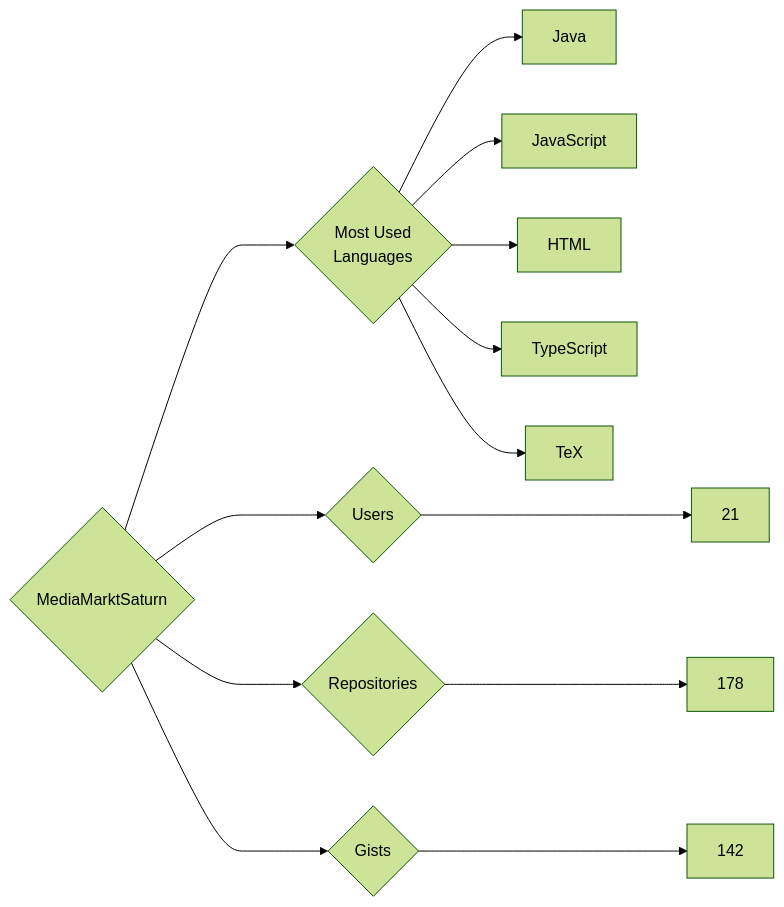
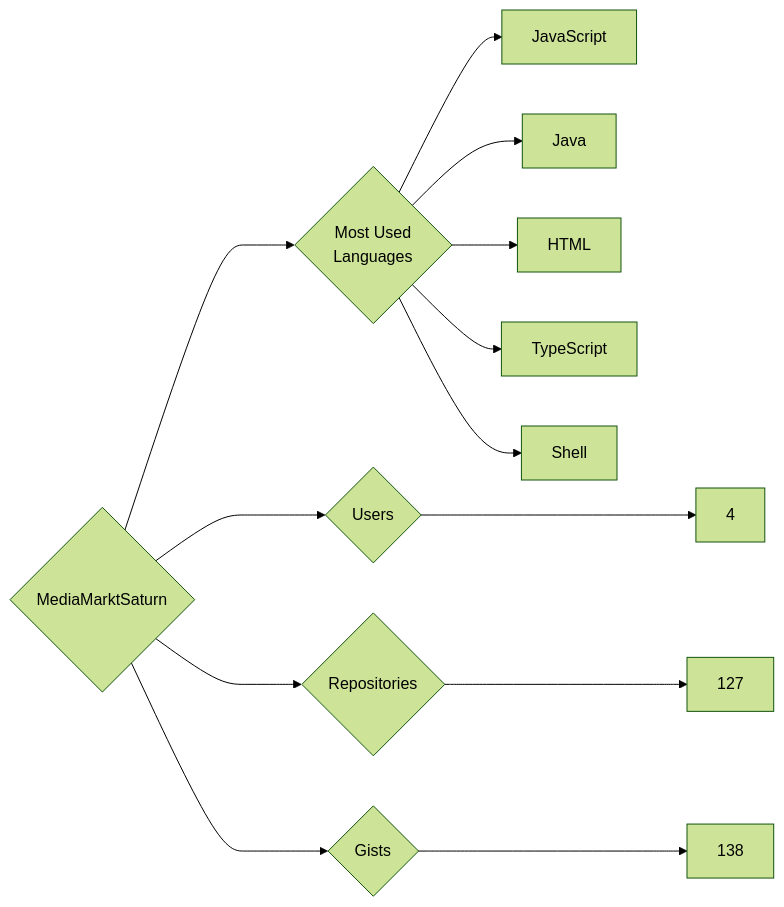
One commit to trickest/insiders changed the diagram in targets/MediaMarktSaturn/README.md. Above: the diagram before and after it, drawn with Mermaid (forest theme). The commit also changed 972 other files, not shown here.

````diff
--- a/targets/MediaMarktSaturn/README.md
+++ b/targets/MediaMarktSaturn/README.md
@@ -3,13 +3,13 @@
 ```mermaid
 graph LR
 COMPANY_NAME{MediaMarktSaturn}
-COMPANY_NAME ---> U{Users} ---> UN[21]
-COMPANY_NAME ---> R{Repositories} ---> RN[178]
-COMPANY_NAME ---> G{Gists} ---> GN[142]
+COMPANY_NAME ---> U{Users} ---> UN[4]
+COMPANY_NAME ---> R{Repositories} ---> RN[127]
+COMPANY_NAME ---> G{Gists} ---> GN[138]
 COMPANY_NAME ---> ML{Most Used<br>Languages}
+ML --> JavaScript[JavaScript]
 ML --> Java[Java]
-ML --> JavaScript[JavaScript]
 ML --> HTML[HTML]
 ML --> TypeScript[TypeScript]
-ML --> TeX[TeX]
+ML --> Shell[Shell]
 ```
````
